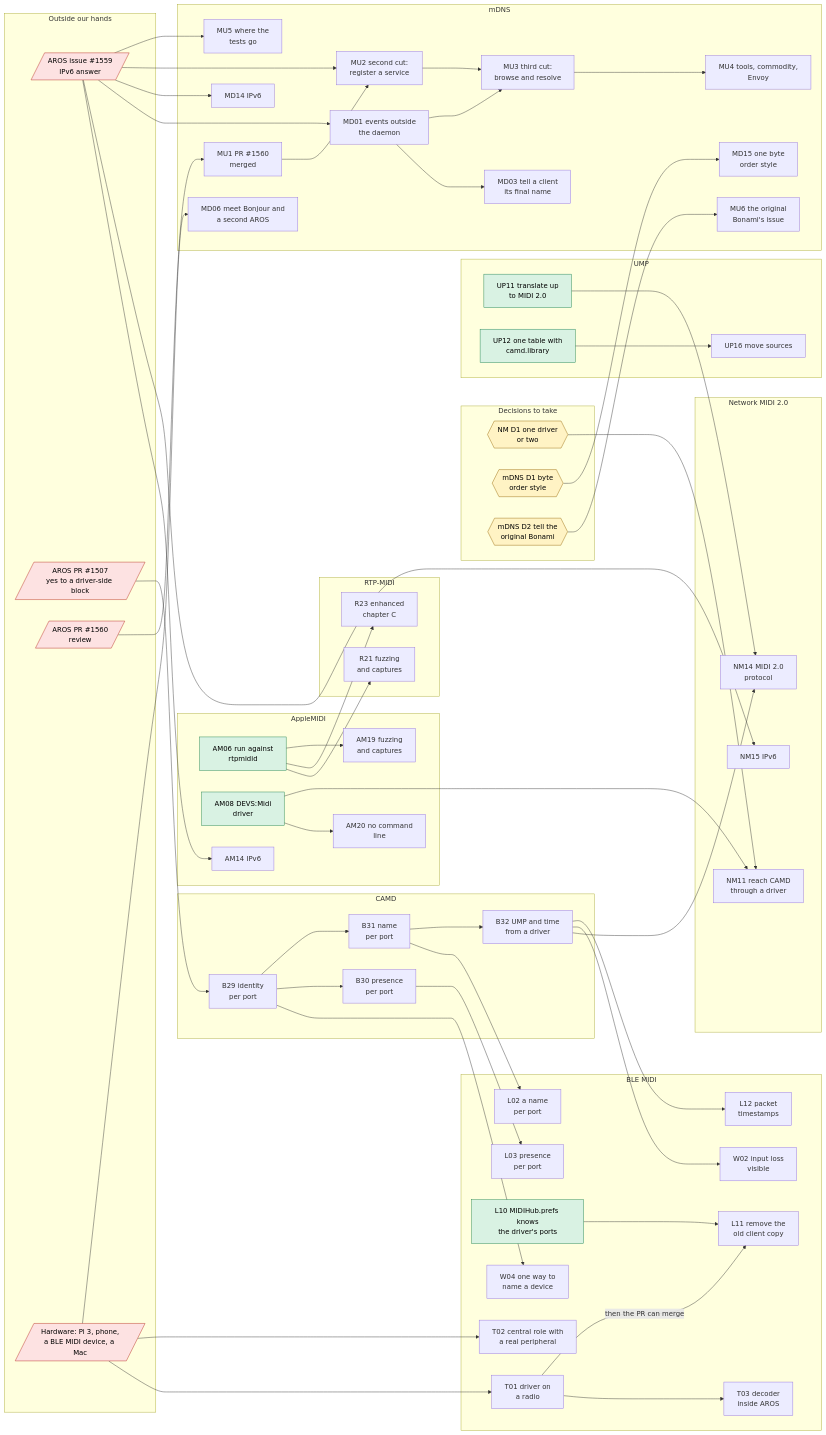
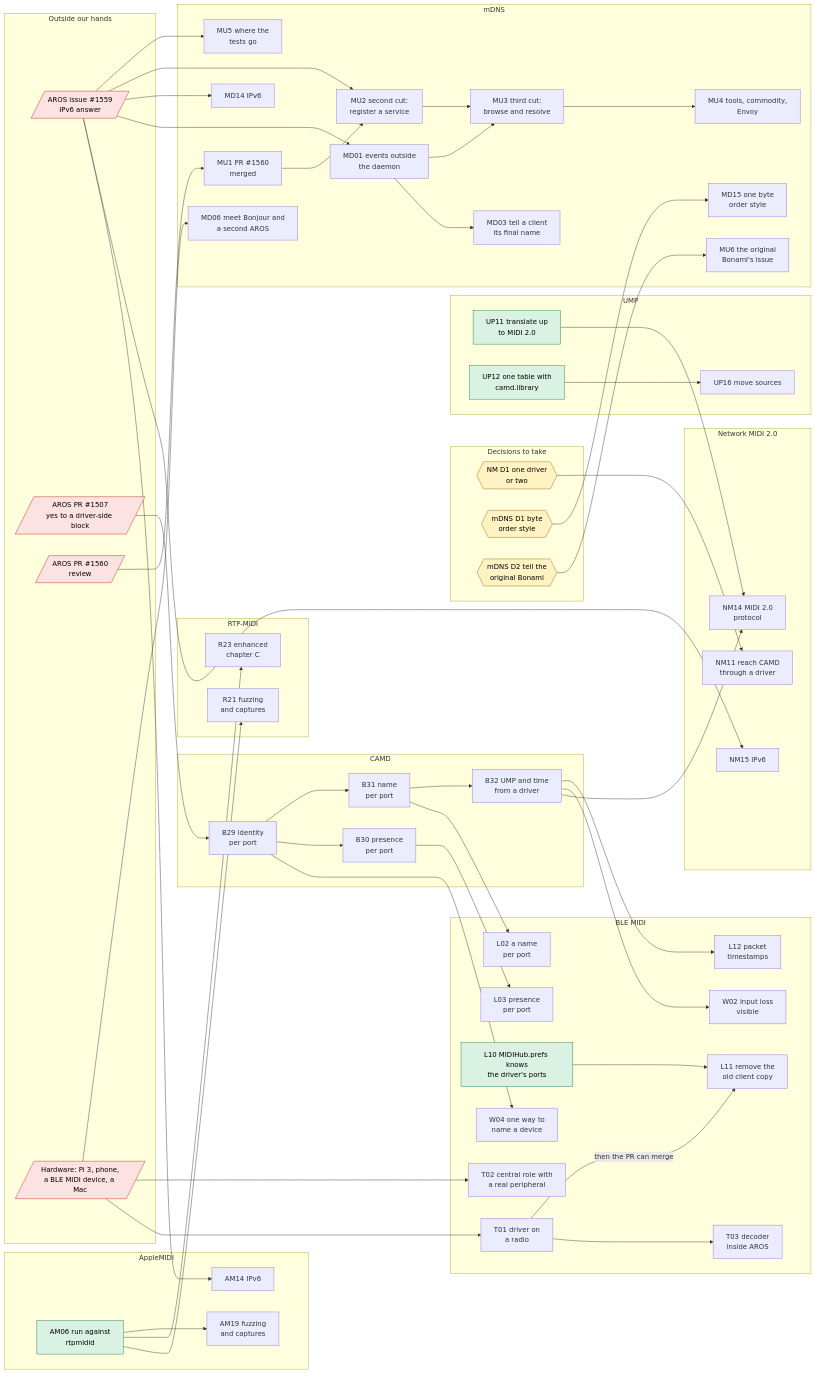
One commit to JJDSNT/aros-midihub changed the diagram in docs/backlog-dependencies.md. Above: the diagram before and after it, drawn with Mermaid. The commit also changed other lines of this file and 14 other files, not shown here.

```diff
--- a/docs/backlog-dependencies.md
+++ b/docs/backlog-dependencies.md
@@ -41,10 +41,8 @@
 
     subgraph AM[AppleMIDI]
         AM06["AM06 run against<br/>rtpmidid"]:::ready
-        AM08["AM08 DEVS:Midi<br/>driver"]:::ready
         AM14["AM14 IPv6"]
         AM19["AM19 fuzzing<br/>and captures"]
-        AM20["AM20 no command<br/>line"]
     end
 
     subgraph UMP[UMP]
@@ -97,13 +95,11 @@
     AM06 --> R23
     AM06 --> AM19
 
-    AM08 --> AM20
     I1559 --> AM14
     I1559 --> NM15
 
     UP12 --> UP16
 
-    AM08 --> NM11
     ND1 --> NM11
     UP11 --> NM14
     B32 --> NM14
```
